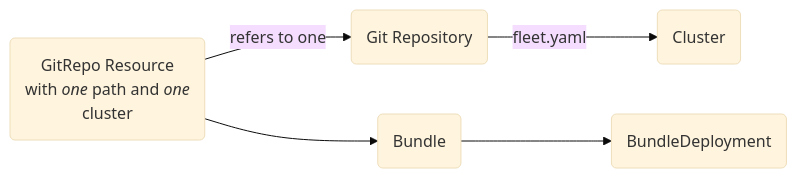
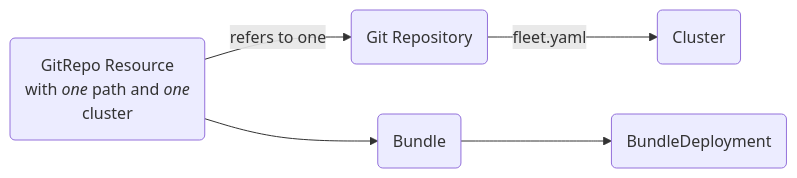
One commit to p-se/fleet-dashboards-for-support changed the diagram in images/dashboard-org-single-cluster.mmd. Above: the diagram before and after it, drawn with Mermaid. The commit also changed 22 other files, not shown here.

```diff
--- a/images/dashboard-org-single-cluster.mmd
+++ b/images/dashboard-org-single-cluster.mmd
@@ -1,17 +1,10 @@
-
-%%{
-    init: {
-        "theme": "base"
-    }
-}%%
-
 flowchart LR
     GR("`GitRepo Resource
     with *one* path and *one*
     cluster`")
     C(Cluster)
     RGR(Git Repository)
     GR -->|refers to one| RGR
     GR --> B(Bundle)
     B --> BD1(BundleDeployment)
     RGR --> |fleet.yaml| C
```
